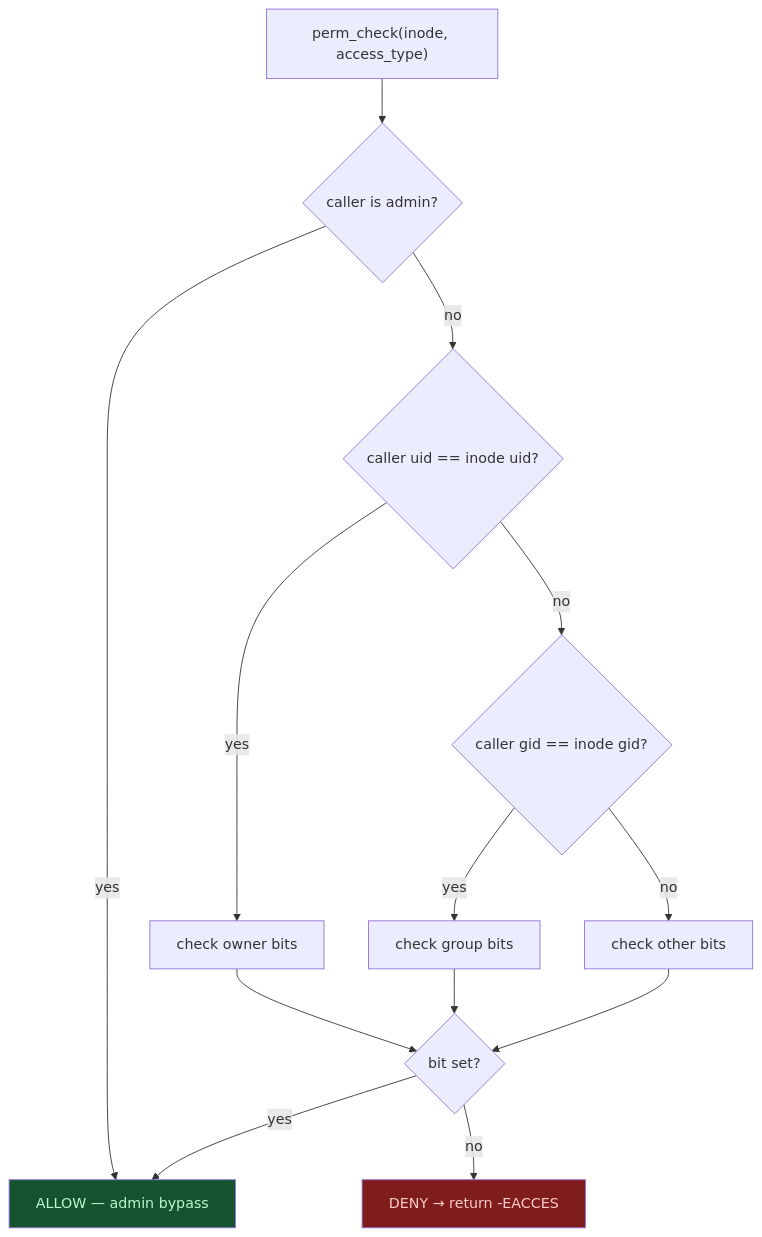
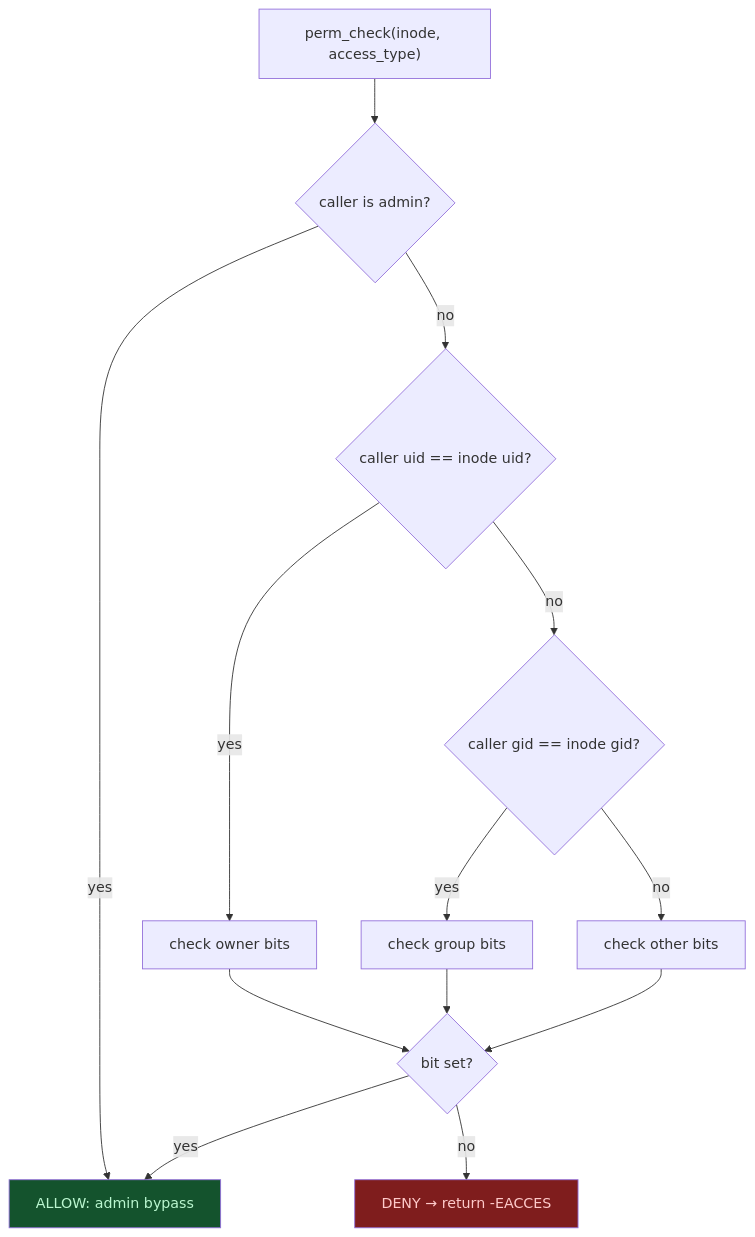
The diagram in docs/docs/phase2-file-permissions.md (ahmeddwalid/OSSec12th), drawn with Mermaid before and after one commit. The commit also changed other lines of this file and 17 other files, not shown here.

````diff
--- a/docs/docs/phase2-file-permissions.md
+++ b/docs/docs/phase2-file-permissions.md
@@ -65,18 +65,18 @@
 ```mermaid
 flowchart TD
     A["perm_check(inode, access_type)"] --> B{caller is admin?}
-    B -- yes --> Z["ALLOW — admin bypass"]
+    B -- yes --> Z["ALLOW: admin bypass"]
     B -- no --> C{caller uid == inode uid?}
     C -- yes --> D["check owner bits"]
     C -- no --> E{caller gid == inode gid?}
     E -- yes --> F["check group bits"]
     E -- no --> G["check other bits"]
     D --> H{bit set?}
     F --> H
     G --> H
     H -- yes --> Z
     H -- no --> Y["DENY → return -EACCES"]
 
     style Z fill:#14532d,color:#bbf7d0
     style Y fill:#7f1d1d,color:#fecaca
 ```
````
